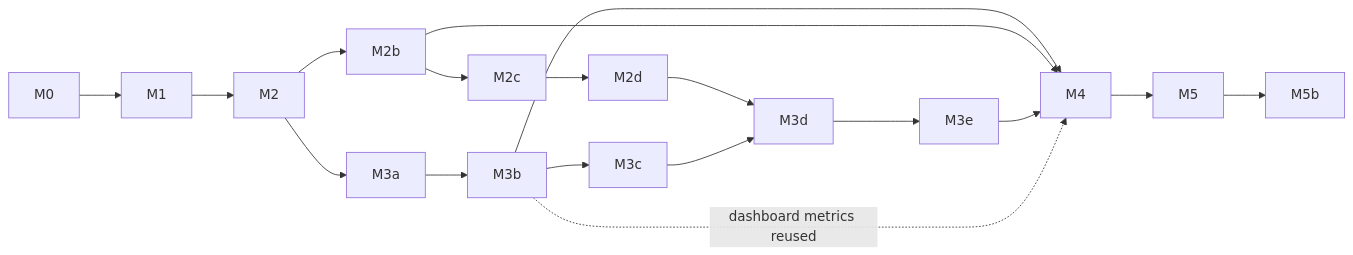
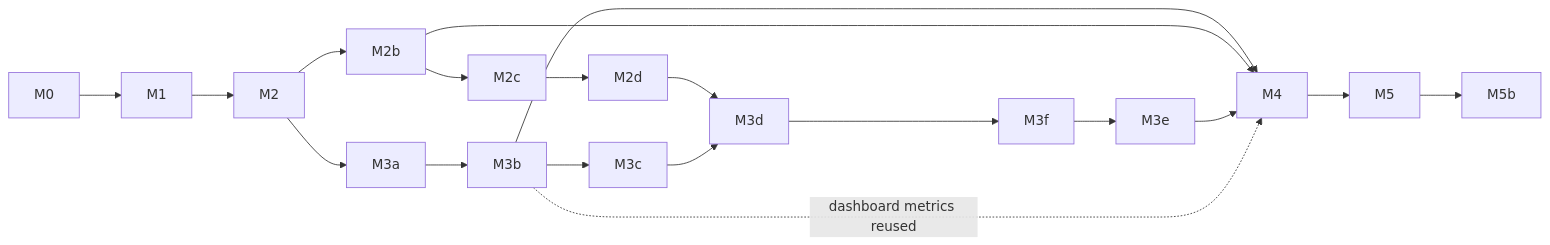
The diagram in docs/plans/README.md (isoloop/isoloop), drawn with Mermaid before and after one commit. The commit also changed other lines of this file and 1 other file, not shown here.

````diff
--- a/docs/plans/README.md
+++ b/docs/plans/README.md
@@ -25,9 +27,9 @@
 ```mermaid
 flowchart LR
   M0 --> M1 --> M2 --> M3a --> M3b --> M4
   M2 --> M2b --> M4
   M4 --> M5 --> M5b
-  M2b --> M2c --> M2d --> M3d --> M3e --> M4
+  M2b --> M2c --> M2d --> M3d --> M3f --> M3e --> M4
   M3b --> M3c --> M3d
   M3b -. "dashboard metrics reused" .-> M4
 ```
````
